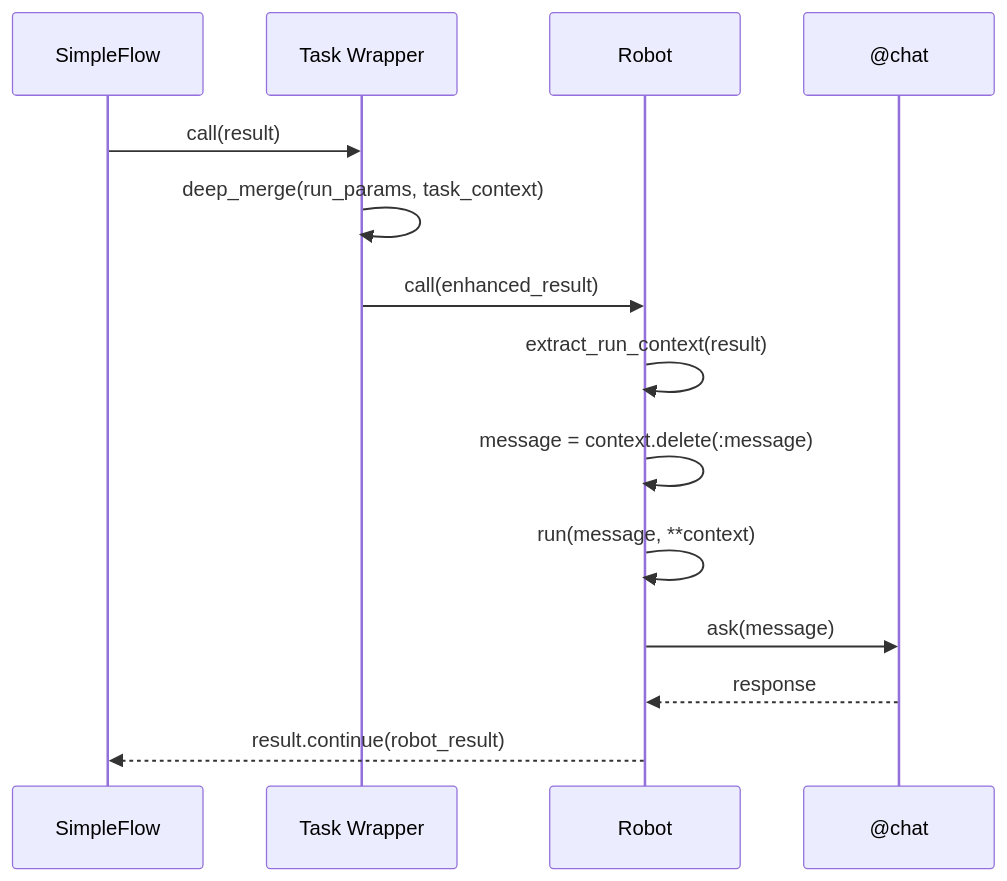
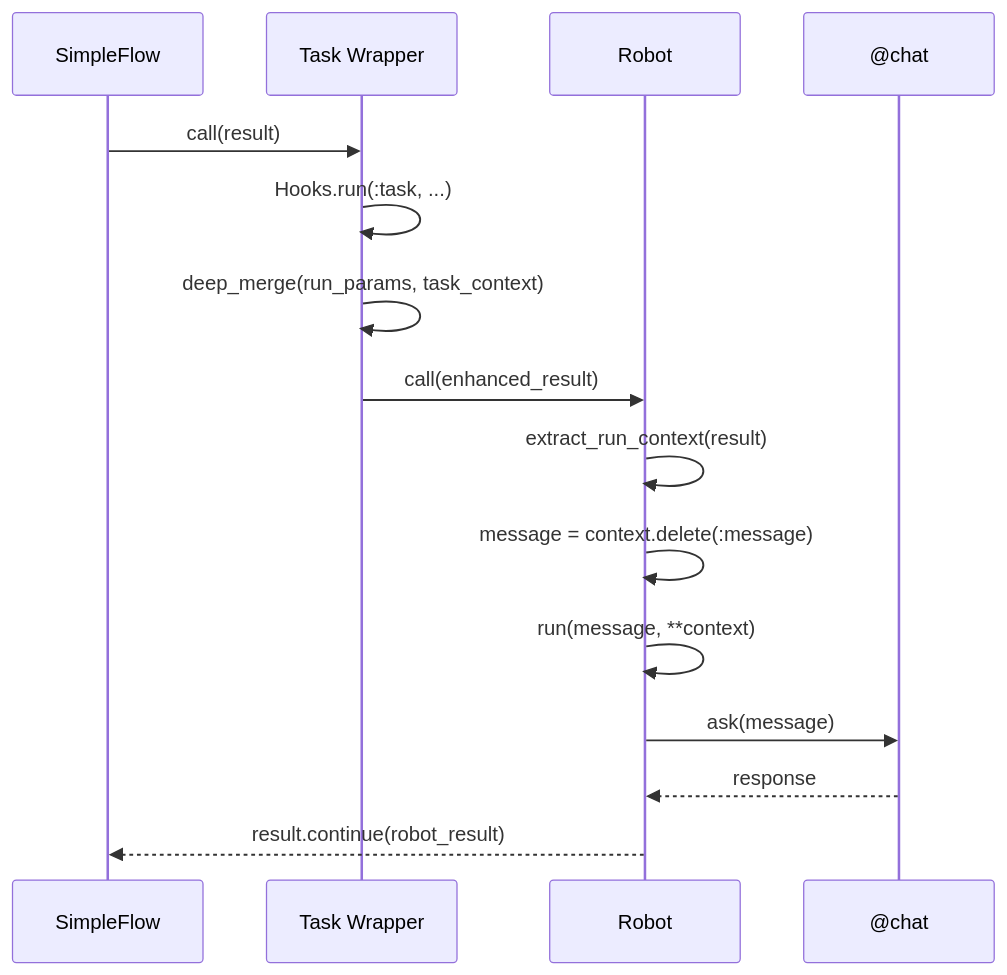
One commit to MadBomber/robot_lab changed the second of 2 diagrams in docs/architecture/robot-execution.md. Above: the diagram before and after it, drawn with Mermaid. The commit also changed other lines of this file and 45 other files, not shown here.

````diff
--- a/docs/architecture/robot-execution.md
+++ b/docs/architecture/robot-execution.md
@@ -264,17 +317,18 @@
 ```mermaid
 sequenceDiagram
     participant SF as SimpleFlow
     participant Task as Task Wrapper
     participant Robot
     participant Chat as @chat
 
     SF->>Task: call(result)
+    Task->>Task: Hooks.run(:task, ...)
     Task->>Task: deep_merge(run_params, task_context)
     Task->>Robot: call(enhanced_result)
     Robot->>Robot: extract_run_context(result)
     Robot->>Robot: message = context.delete(:message)
     Robot->>Robot: run(message, **context)
     Robot->>Chat: ask(message)
     Chat-->>Robot: response
     Robot-->>SF: result.continue(robot_result)
 ```
````
